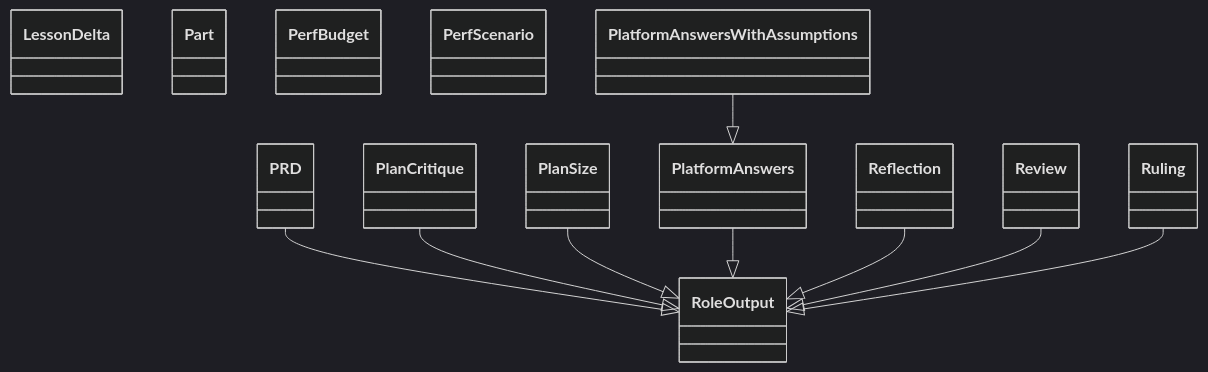
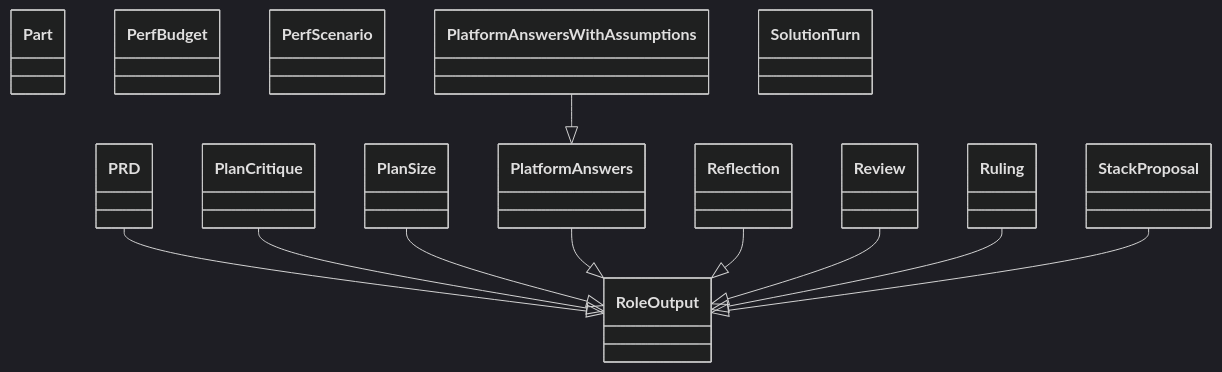
Before and after one commit to GonzaloZevallos/agentic-system: the diagram in docs/architecture/generated/classes-process-domain-roles-4.md, drawn with Mermaid (dark theme). The commit also changed other lines of this file and 22 other files, not shown here.

Commit message:
Regenerate the architecture docs after merging master

````diff
--- a/docs/architecture/generated/classes-process-domain-roles-4.md
+++ b/docs/architecture/generated/classes-process-domain-roles-4.md
@@ -30,24 +30,26 @@
 ```mermaid
 classDiagram
-    class schemas__LessonDelta["LessonDelta"]
     class schemas__PRD["PRD"]
     class schemas__Part["Part"]
     class schemas__PerfBudget["PerfBudget"]
     class schemas__PerfScenario["PerfScenario"]
     class schemas__PlanCritique["PlanCritique"]
     class schemas__PlanSize["PlanSize"]
     class schemas__PlatformAnswers["PlatformAnswers"]
     class schemas__PlatformAnswersWithAssumptions["PlatformAnswersWithAssumptions"]
     class schemas__Reflection["Reflection"]
     class schemas__Review["Review"]
     class schemas__RoleOutput["RoleOutput"]
     class schemas__Ruling["Ruling"]
+    class schemas__SolutionTurn["SolutionTurn"]
+    class schemas__StackProposal["StackProposal"]
     schemas__PRD --|> schemas__RoleOutput
     schemas__PlanCritique --|> schemas__RoleOutput
     schemas__PlanSize --|> schemas__RoleOutput
     schemas__PlatformAnswers --|> schemas__RoleOutput
     schemas__PlatformAnswersWithAssumptions --|> schemas__PlatformAnswers
     schemas__Reflection --|> schemas__RoleOutput
     schemas__Review --|> schemas__RoleOutput
     schemas__Ruling --|> schemas__RoleOutput
+    schemas__StackProposal --|> schemas__RoleOutput
 ```
````
